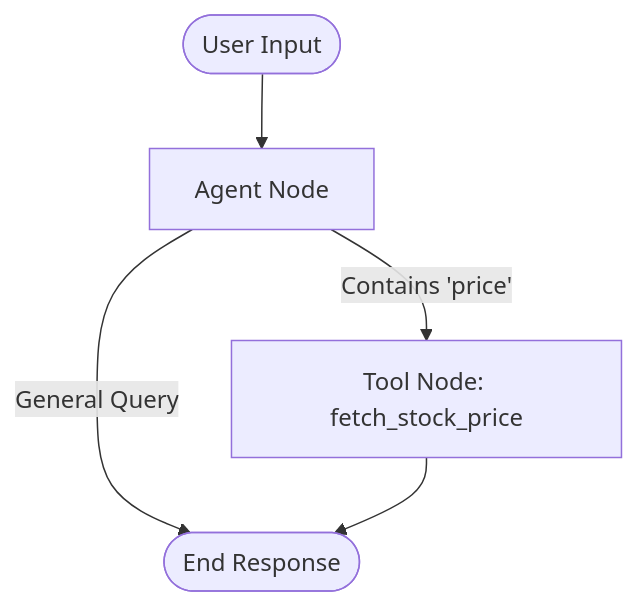
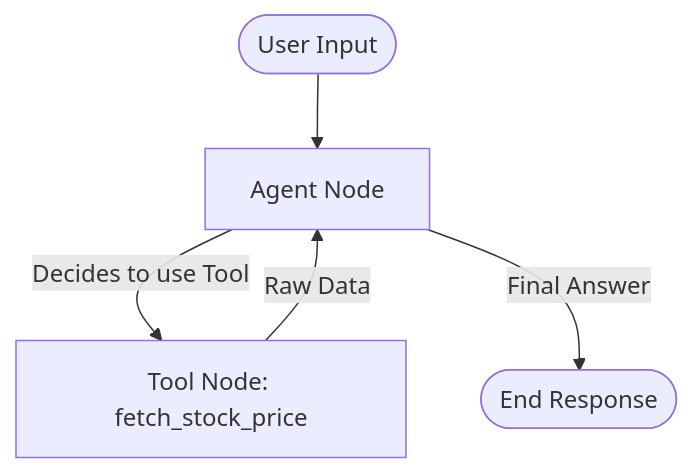
The diagram in README.md (hk1997/agentic-stock-analyzer), drawn with Mermaid before and after one commit. The commit also changed other lines of this file and 1 other file, not shown here.

Commit message:
feat: upgrade to phase 2 autonomous agent with function calling

````diff
--- a/README.md
+++ b/README.md
@@ -28,9 +36,9 @@
 ```mermaid
 graph TD
     Start([User Input]) --> AgentNode[Agent Node]
     
-    AgentNode -->|Contains 'price'| ToolNode[Tool Node: fetch_stock_price]
-    AgentNode -->|General Query| End([End Response])
+    AgentNode -->|Decides to use Tool| ToolNode[Tool Node: fetch_stock_price]
+    AgentNode -->|Final Answer| End([End Response])
     
-    ToolNode --> End
+    ToolNode -->|Raw Data| AgentNode
 ```
````
